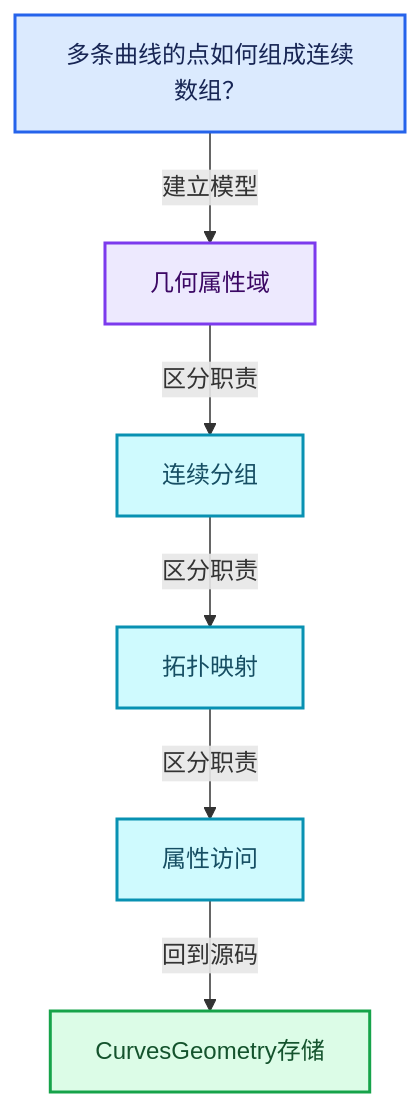
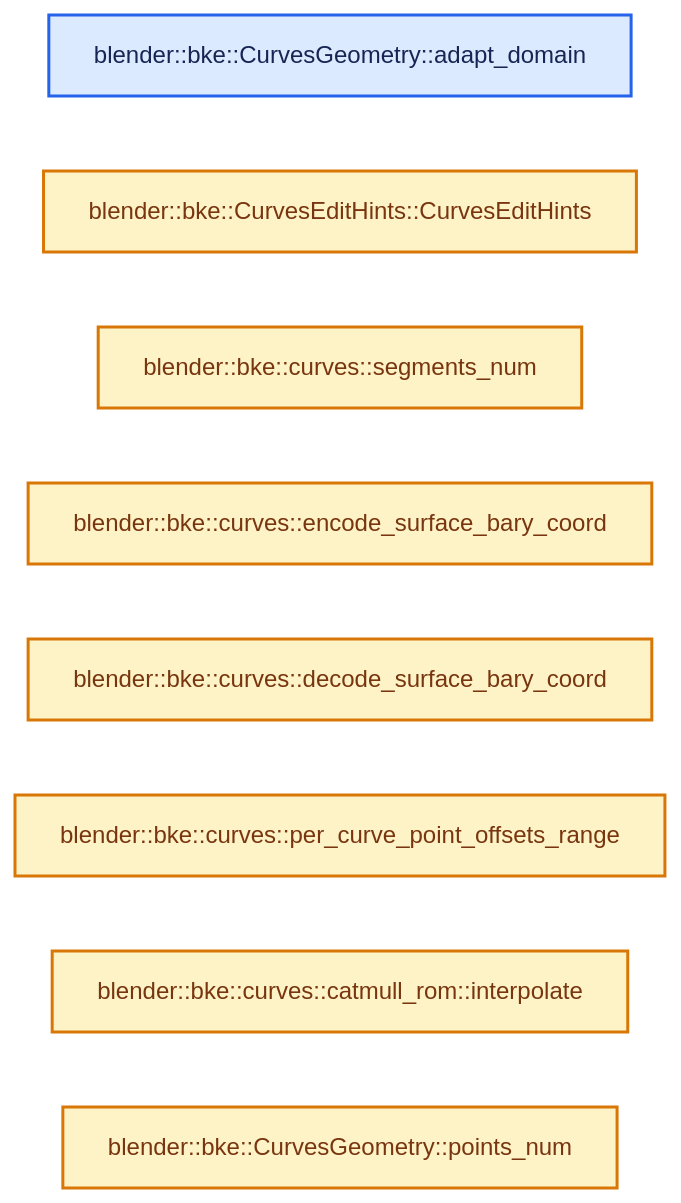
The second of 4 diagrams in 杂/markdown/全面学习-codex/05-几何存储与拓扑映射/04-CurvesGeometry存储.md (yunkezengren/blender-.vscode), drawn with Mermaid before and after one commit. The commit also changed other lines of this file and 1930 other files, not shown here.

````diff
--- a/杂/markdown/全面学习-codex/05-几何存储与拓扑映射/04-CurvesGeometry存储.md
+++ b/杂/markdown/全面学习-codex/05-几何存储与拓扑映射/04-CurvesGeometry存储.md
@@ -60,20 +46,17 @@
 ```mermaid
-flowchart TB
-  Q["多条曲线的点如何组成连续数组？"]:::input
-  C0["几何属性域"]:::abstraction
-  C1["连续分组"]:::data
-  C2["拓扑映射"]:::data
-  C3["属性访问"]:::data
-  R["CurvesGeometry存储"]:::result
-  Q -->|"建立模型"| C0
-  C0 -->|"区分职责"| C1
-  C1 -->|"区分职责"| C2
-  C2 -->|"区分职责"| C3
-  C3 -->|"回到源码"| R
+flowchart LR
+  F0["blender::bke::CurvesGeometry::adapt_domain"]:::input
+  F1["blender::bke::CurvesEditHints::CurvesEditHints"]:::compute
+  F2["blender::bke::curves::segments_num"]:::compute
+  F3["blender::bke::curves::encode_surface_bary_coord"]:::compute
+  F4["blender::bke::curves::decode_surface_bary_coord"]:::compute
+  F5["blender::bke::curves::per_curve_point_offsets_range"]:::compute
+  F6["blender::bke::curves::catmull_rom::interpolate"]:::compute
+  F7["blender::bke::CurvesGeometry::points_num"]:::compute
   classDef input fill:#DBEAFE,stroke:#2563EB,color:#172554,stroke-width:2px;
   classDef data fill:#CFFAFE,stroke:#0891B2,color:#164E63,stroke-width:2px;
   classDef abstraction fill:#EDE9FE,stroke:#7C3AED,color:#3B0764,stroke-width:2px;
   classDef compute fill:#FEF3C7,stroke:#D97706,color:#78350F,stroke-width:2px;
   classDef result fill:#DCFCE7,stroke:#16A34A,color:#14532D,stroke-width:2px;
   classDef error fill:#FEE2E2,stroke:#DC2626,color:#7F1D1D,stroke-width:2px;
 ```
````
